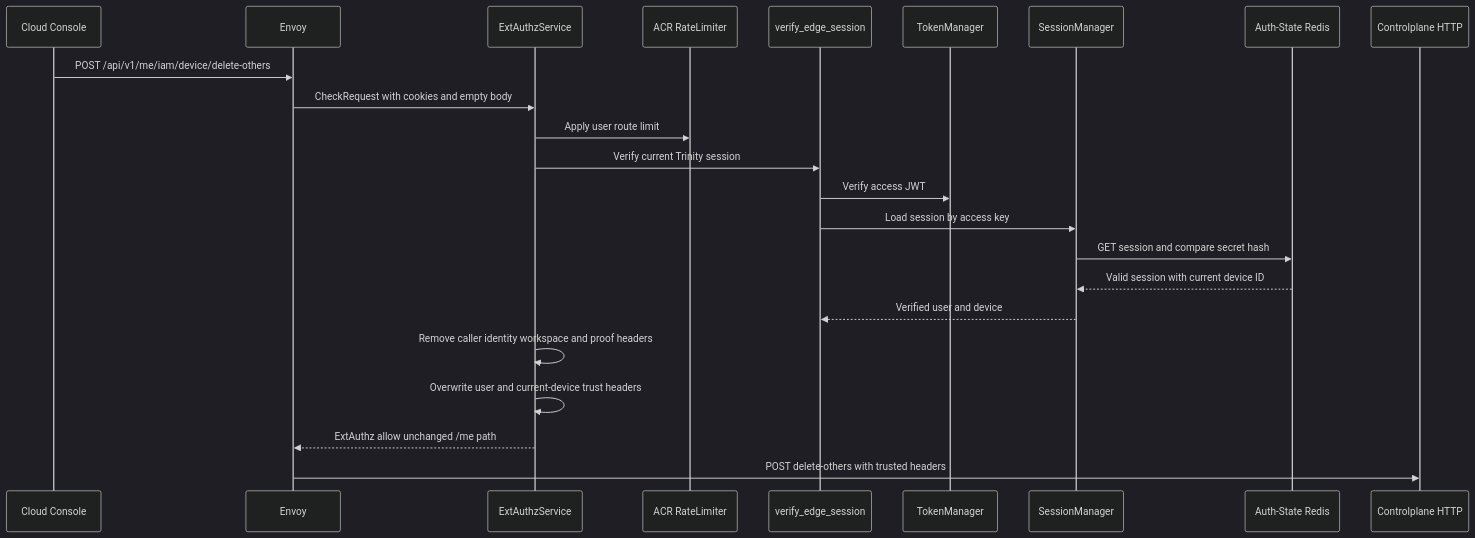
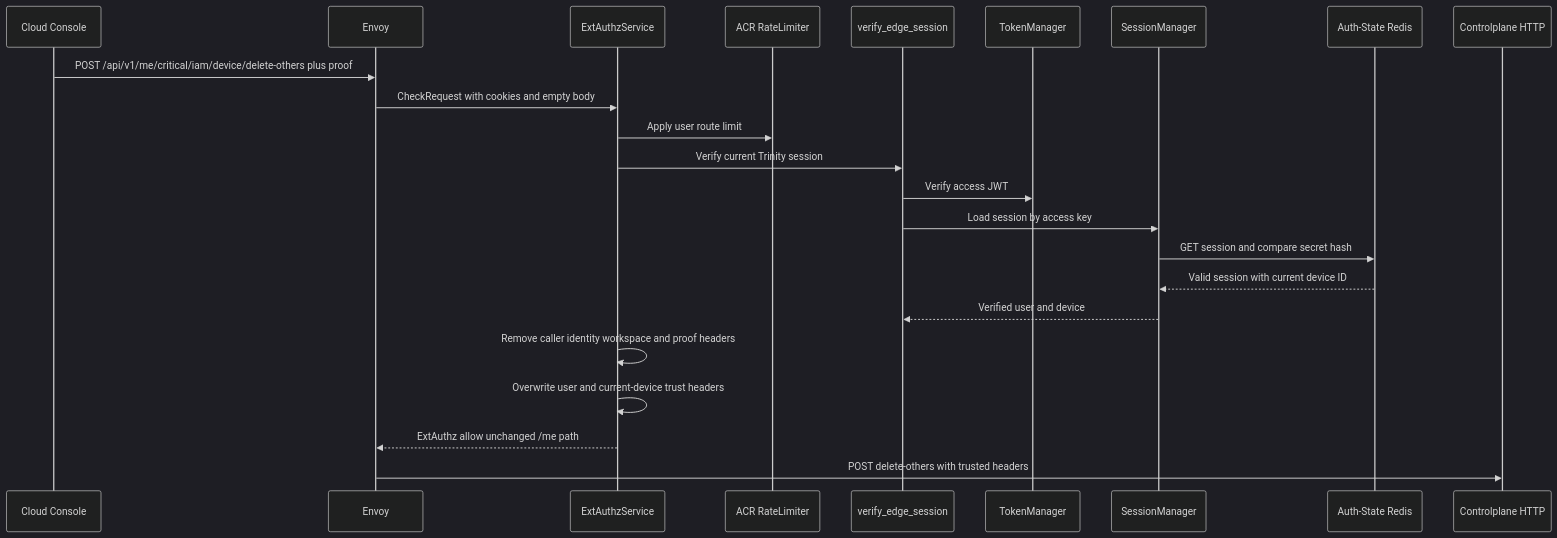
One commit to phucle996/aurora changed the first of 2 diagrams in god_view/iam/user_device_logout_other_devices_god_view_workflow.md. Above: the diagram before and after it, drawn with Mermaid (dark theme). The commit also changed other lines of this file and 132 other files, not shown here.

````diff
--- a/god_view/iam/user_device_logout_other_devices_god_view_workflow.md
+++ b/god_view/iam/user_device_logout_other_devices_god_view_workflow.md
@@ -98,26 +99,26 @@
 ```mermaid
 sequenceDiagram
     participant Browser as Cloud Console
     participant Envoy as Envoy
     participant ACR as ExtAuthzService
     participant Limit as ACR RateLimiter
     participant Verify as verify_edge_session
     participant Token as TokenManager
     participant Session as SessionManager
     participant Auth as Auth-State Redis
     participant CP as Controlplane HTTP
 
-    Browser->>Envoy: POST /api/v1/me/iam/device/delete-others
+    Browser->>Envoy: POST /api/v1/me/critical/iam/device/delete-others plus proof
     Envoy->>ACR: CheckRequest with cookies and empty body
     ACR->>Limit: Apply user route limit
     ACR->>Verify: Verify current Trinity session
     Verify->>Token: Verify access JWT
     Verify->>Session: Load session by access key
     Session->>Auth: GET session and compare secret hash
     Auth-->>Session: Valid session with current device ID
     Session-->>Verify: Verified user and device
     ACR->>ACR: Remove caller identity workspace and proof headers
     ACR->>ACR: Overwrite user and current-device trust headers
     ACR-->>Envoy: ExtAuthz allow unchanged /me path
     Envoy->>CP: POST delete-others with trusted headers
 ```
````
